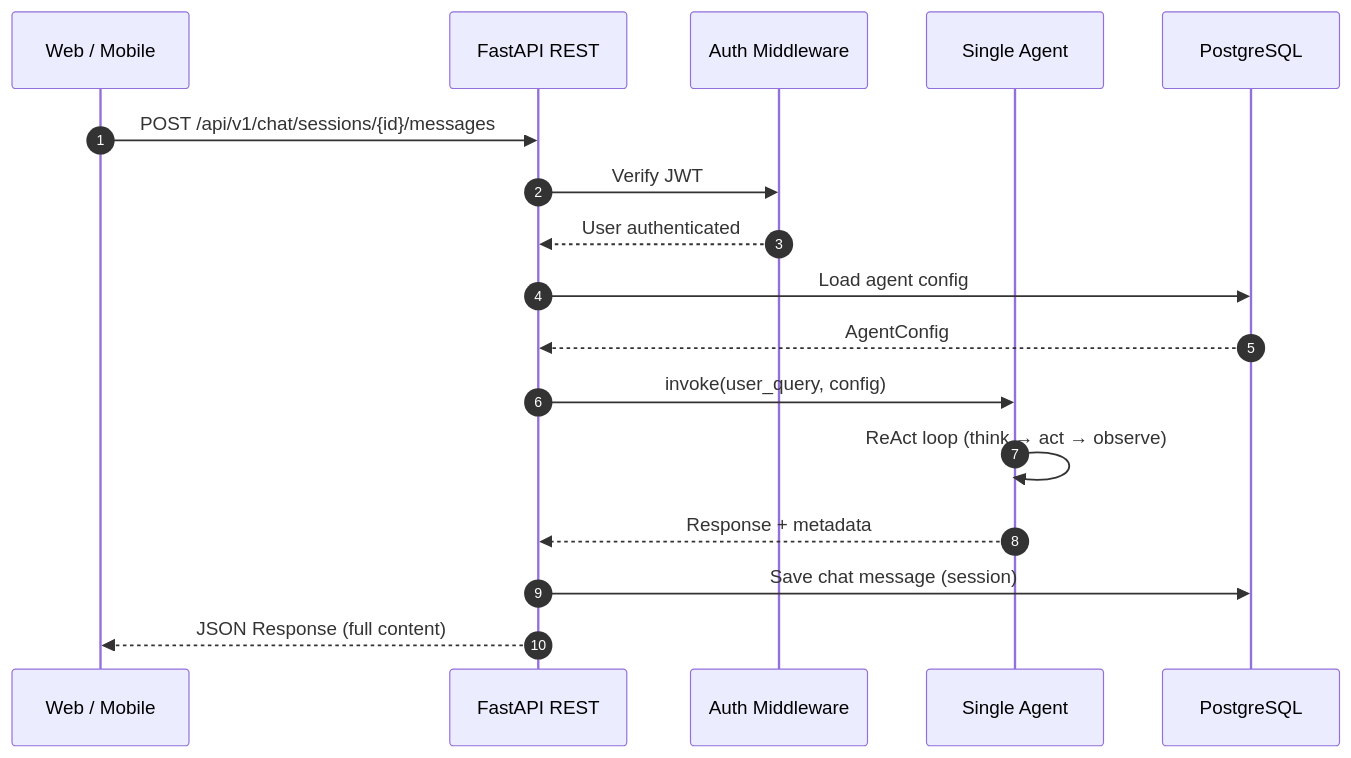
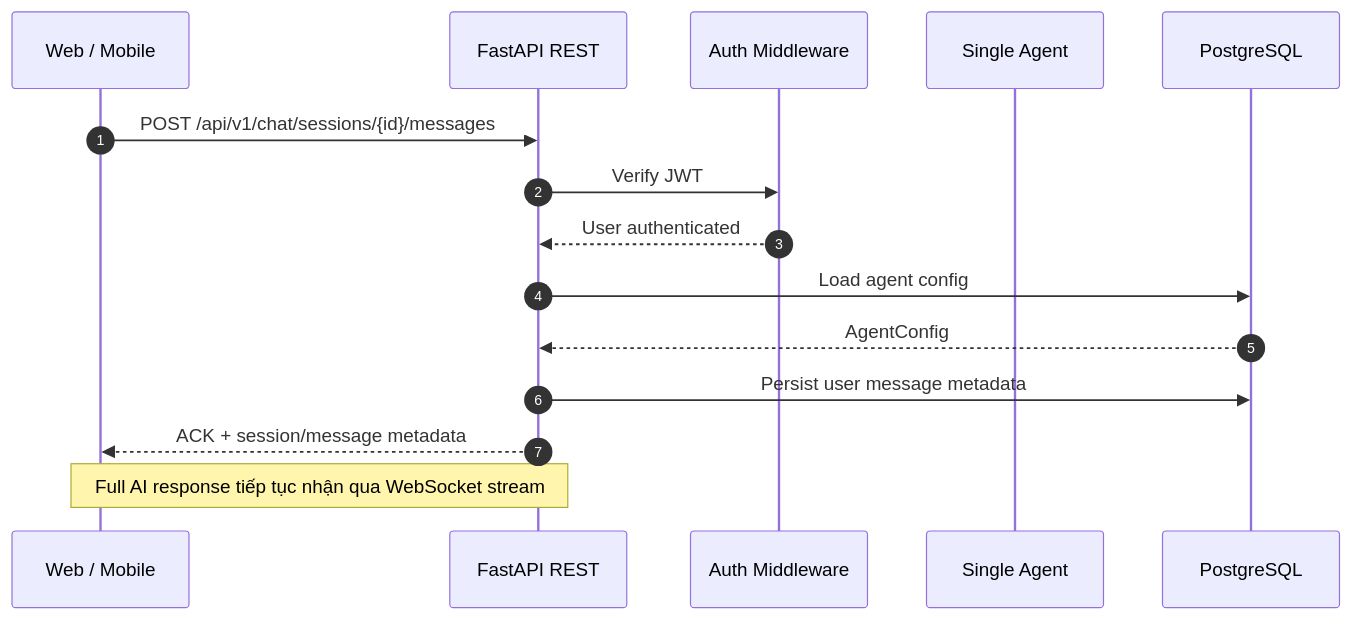
The seventh of 11 diagrams in docs-references/documentation/AI_SERVICE_TECHNICAL_SPECIFICATION.md (espresso23/Petties-Veterinary-Appointment-Booking-Platform), drawn with Mermaid before and after one commit. The commit also changed other lines of this file and 108 other files, not shown here.

First line of the commit message:
feat(ai): add business chat booking flow and sync platform docs

````diff
--- a/docs-references/documentation/AI_SERVICE_TECHNICAL_SPECIFICATION.md
+++ b/docs-references/documentation/AI_SERVICE_TECHNICAL_SPECIFICATION.md
@@ -426,20 +475,18 @@
 ```mermaid
 sequenceDiagram
     autonumber
     participant Client as Web / Mobile
     participant API as FastAPI REST
     participant Auth as Auth Middleware
     participant Agent as Single Agent
     participant DB as PostgreSQL
 
     Client->>API: POST /api/v1/chat/sessions/{id}/messages
     API->>Auth: Verify JWT
     Auth-->>API: User authenticated
     API->>DB: Load agent config
     DB-->>API: AgentConfig
-    API->>Agent: invoke(user_query, config)
-    Agent->>Agent: ReAct loop (think → act → observe)
-    Agent-->>API: Response + metadata
-    API->>DB: Save chat message (session)
-    API-->>Client: JSON Response (full content)
+    API->>DB: Persist user message metadata
+    API-->>Client: ACK + session/message metadata
+    Note over Client,API: Full AI response tiếp tục nhận qua WebSocket stream
 ```
````
